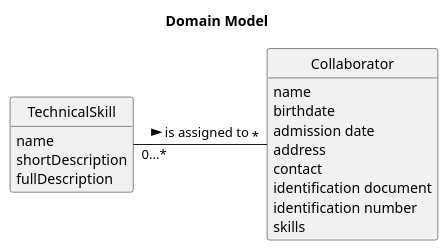
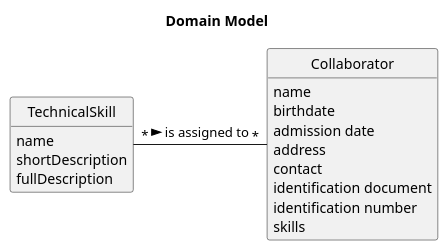
One commit to RicardoMorim/lapr2-ISEP-Project changed the diagram in docs/sprintC/us004/02.analysis/puml/004-domain-model.puml. Above: the diagram before and after it, drawn with PlantUML. The commit also changed 5 other files, not shown here.

```diff
--- a/docs/sprintC/us004/02.analysis/puml/004-domain-model.puml
+++ b/docs/sprintC/us004/02.analysis/puml/004-domain-model.puml
@@ -1,31 +1,31 @@
 @startuml
 
 'left to right direction
 
 title Domain Model
 
 hide methods
 hide circle
 
 
 
 class Collaborator {
     name
     birthdate
     admission date
     address
     contact
     identification document
     identification number
     skills
 }
 
 class TechnicalSkill {
         name
         shortDescription
         fullDescription
 }
 
-TechnicalSkill "0...*" - "*" Collaborator : is assigned to >
+TechnicalSkill "*" - "*" Collaborator : is assigned to >
 
 @enduml
```
